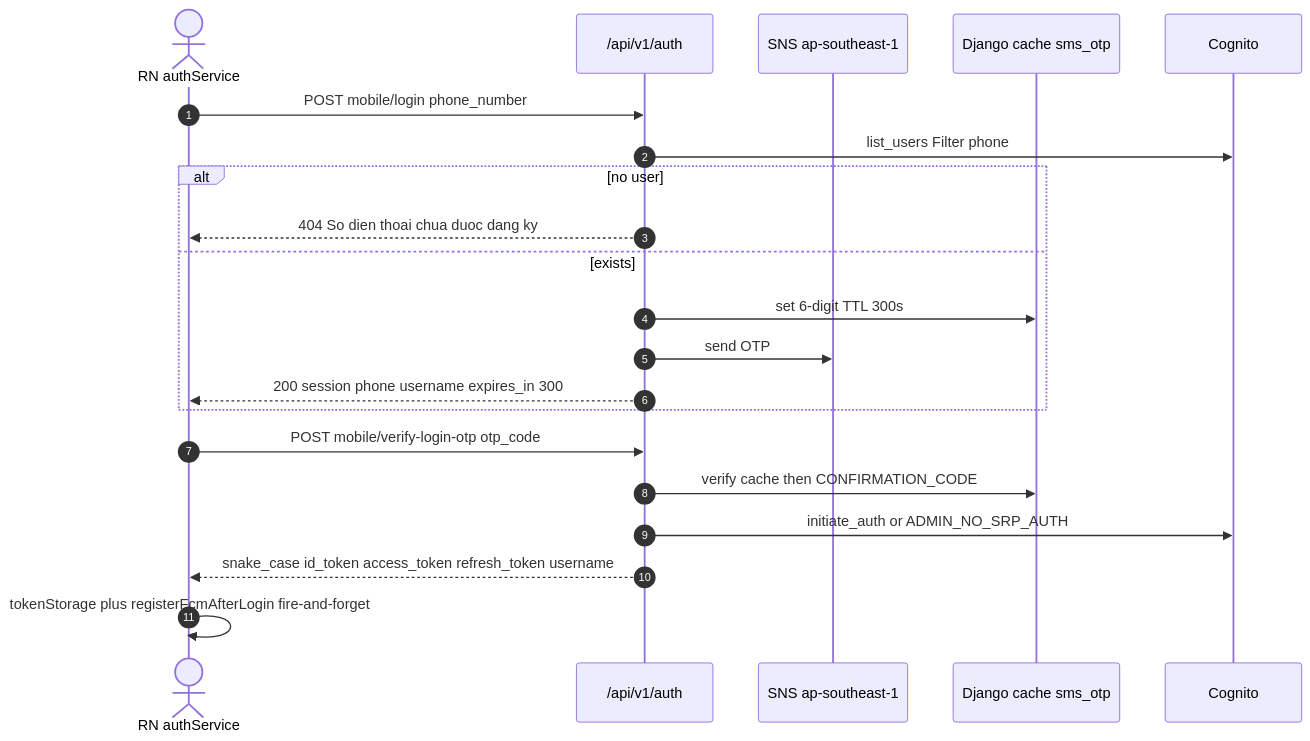
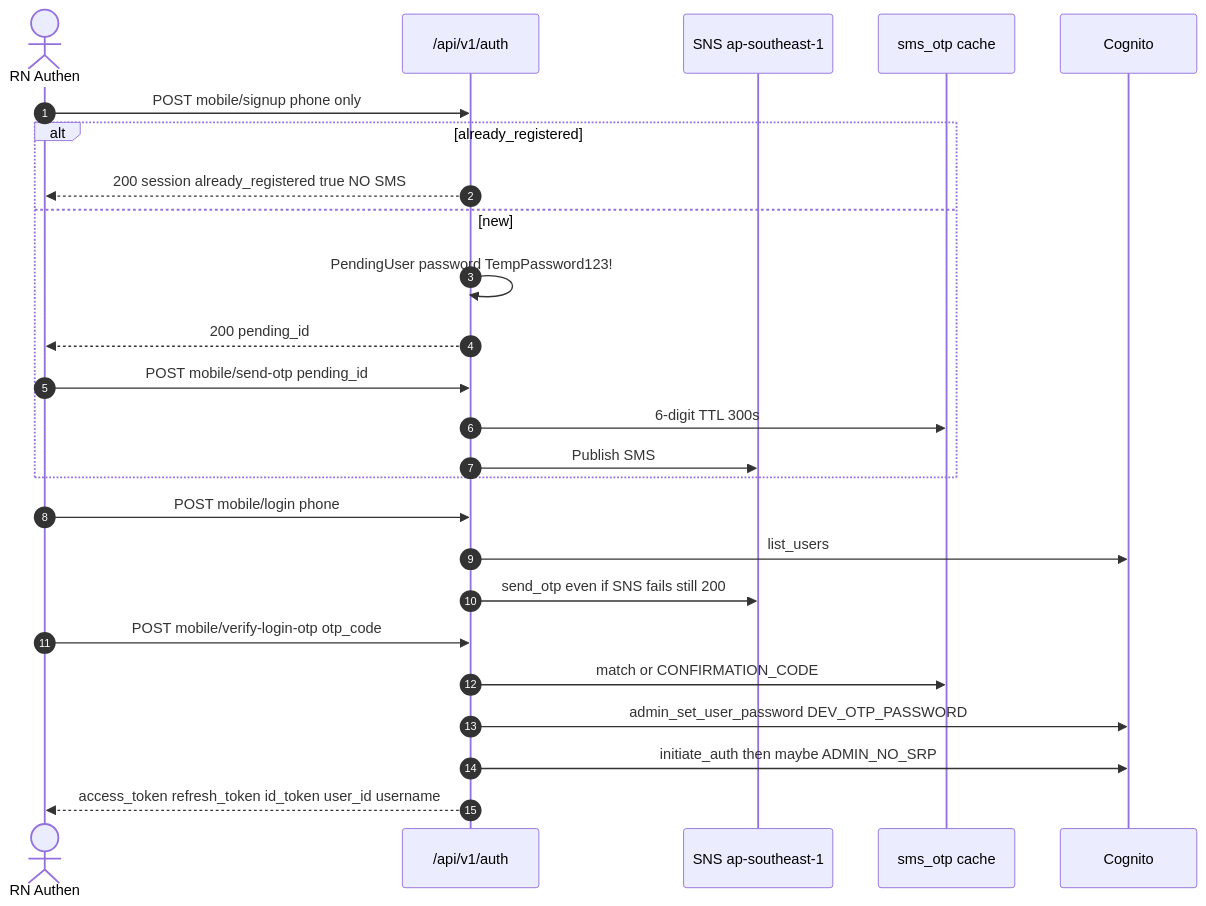
The first of 2 diagrams in systems/mobile-auth-sns-otp.mdx (HarryNguyenTimoto/timoto_space), drawn with Mermaid before and after one commit. The commit also changed other lines of this file, not shown here.

````diff
--- a/systems/mobile-auth-sns-otp.mdx
+++ b/systems/mobile-auth-sns-otp.mdx
@@ -23,24 +26,28 @@
 ```mermaid
 sequenceDiagram
   autonumber
-  actor Rider as RN authService
+  actor Rider as RN Authen
   participant API as /api/v1/auth
   participant SNS as SNS ap-southeast-1
-  participant Cache as Django cache sms_otp
+  participant Cache as sms_otp cache
   participant Cog as Cognito
 
-  Rider->>API: POST mobile/login phone_number
-  API->>Cog: list_users Filter phone
-  alt no user
-    API-->>Rider: 404 So dien thoai chua duoc dang ky
-  else exists
-    API->>Cache: set 6-digit TTL 300s
-    API->>SNS: send OTP
-    API-->>Rider: 200 session phone username expires_in 300
+  Rider->>API: POST mobile/signup phone only
+  alt already_registered
+    API-->>Rider: 200 session already_registered true NO SMS
+  else new
+    API->>API: PendingUser password TempPassword123!
+    API-->>Rider: 200 pending_id
+    Rider->>API: POST mobile/send-otp pending_id
+    API->>Cache: 6-digit TTL 300s
+    API->>SNS: Publish SMS
   end
+  Rider->>API: POST mobile/login phone
+  API->>Cog: list_users
+  API->>SNS: send_otp even if SNS fails still 200
   Rider->>API: POST mobile/verify-login-otp otp_code
-  API->>Cache: verify cache then CONFIRMATION_CODE
-  API->>Cog: initiate_auth or ADMIN_NO_SRP_AUTH
-  API-->>Rider: snake_case id_token access_token refresh_token username
-  Rider->>Rider: tokenStorage plus registerFcmAfterLogin fire-and-forget
+  API->>Cache: match or CONFIRMATION_CODE
+  API->>Cog: admin_set_user_password DEV_OTP_PASSWORD
+  API->>Cog: initiate_auth then maybe ADMIN_NO_SRP
+  API-->>Rider: access_token refresh_token id_token user_id username
 ```
````
